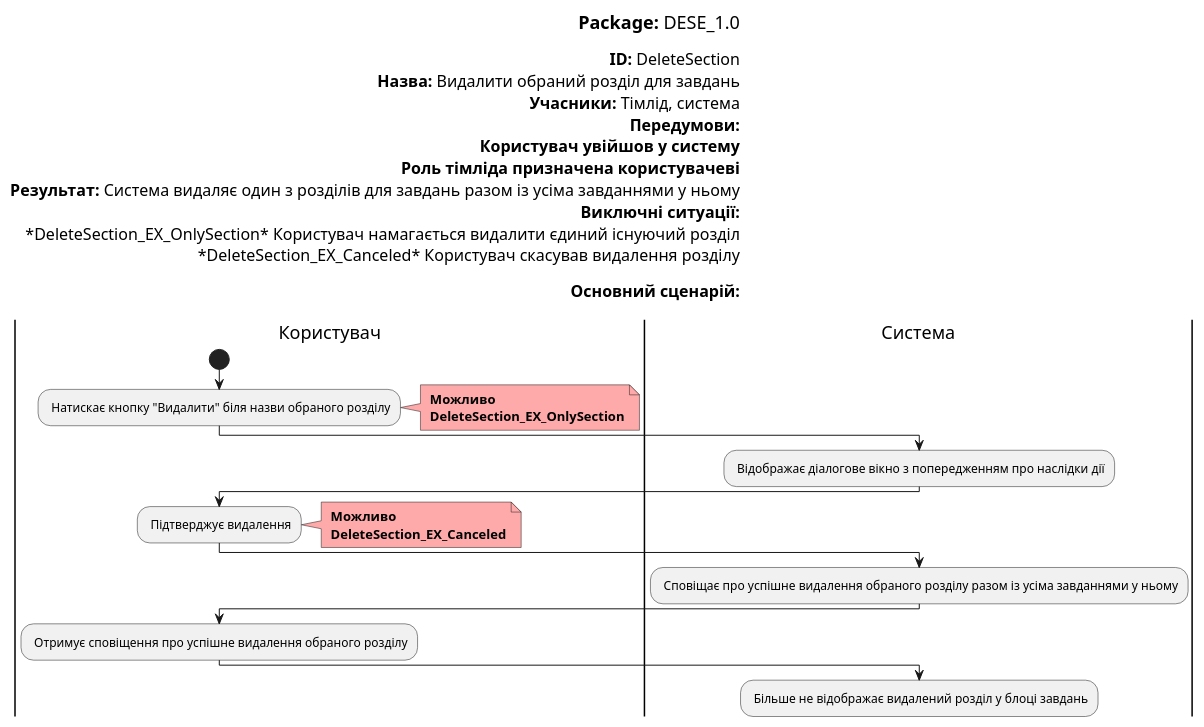
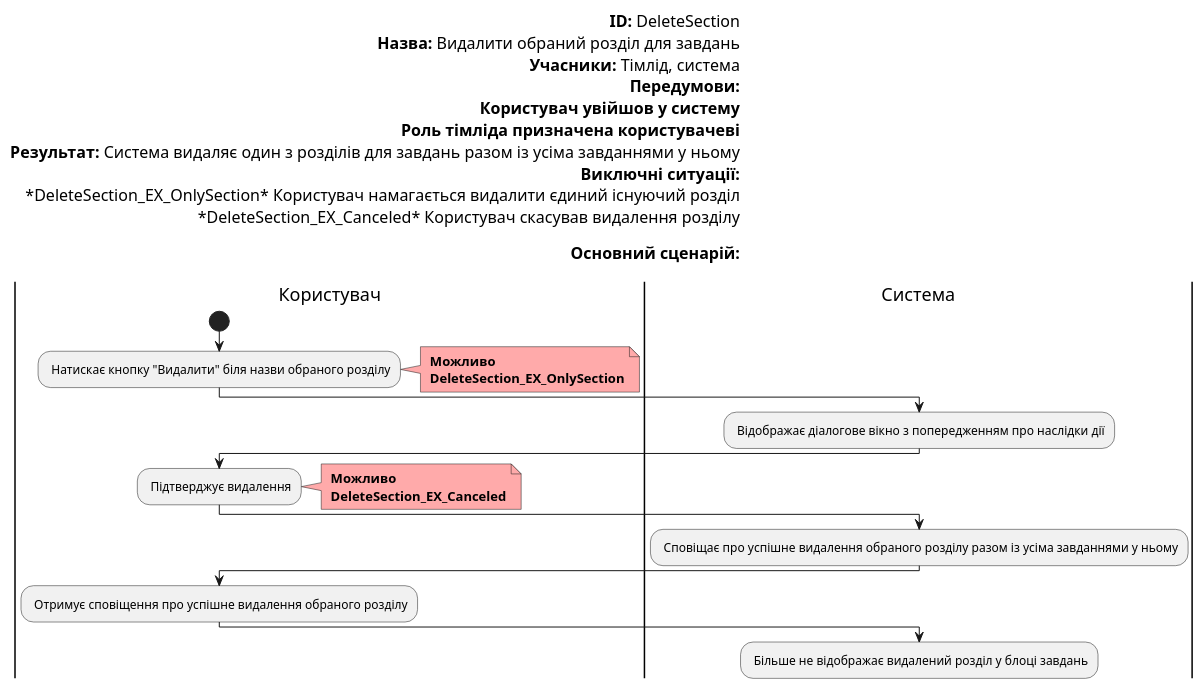
Before and after one commit to boldak/edu-db-cw: diagram 13 of 19 in docs/use cases/README.md, drawn with PlantUML. The commit also changed other lines of this file, not shown here.

Commit message:
Finished adding labels and deleting package

```diff
--- a/docs/use cases/README.md
+++ b/docs/use cases/README.md
@@ -724,48 +726,46 @@
 @startuml
 
-    left header
-        <font color=000 size=18><b>Package:</b> DESE_1.0
-        
+    left header        
         <font color=000 size=16><b>ID:</b> DeleteSection
         <font color=000 size=16><b>Назва:</b> Видалити обраний розділ для завдань
         <font color=000 size=16><b>Учасники:</b> Тімлід, система
         <font color=000 size=16><b>Передумови:</b> 
         <font color=000 size=16><b> Користувач увійшов у систему
         <font color=000 size=16><b> Роль тімліда призначена користувачеві
         <font color=000 size=16><b>Результат:</b> Система видаляє один з розділів для завдань разом із усіма завданнями у ньому
         <font color=000 size=16><b>Виключні ситуації:</b>
         <font color=000 size=16> *DeleteSection_EX_OnlySection* Користувач намагається видалити єдиний існуючий розділ
         <font color=000 size=16> *DeleteSection_EX_Canceled* Користувач скасував видалення розділу
 
         <font color=000 size=16><b>Основний сценарій:</b>
         
     end header
 
     |Користувач|
         start
         : Натискає кнопку "Видалити" біля назви обраного розділу;
         note right #ffaaaa
         <b> Можливо
         <b> DeleteSection_EX_OnlySection
         end note
 
     |Система|
         : Відображає діалогове вікно з попередженням про наслідки дії;
 
     |Користувач|
         : Підтверджує видалення;
         note right #ffaaaa
         <b> Можливо
         <b> DeleteSection_EX_Canceled
         end note
 
     |Система|
         : Сповіщає про успішне видалення обраного розділу разом із усіма завданнями у ньому;
 
     |Користувач|
         : Отримує сповіщення про успішне видалення обраного розділу;  
 
     |Система|
         : Більше не відображає видалений розділ у блоці завдань;  
 
 @enduml
```
